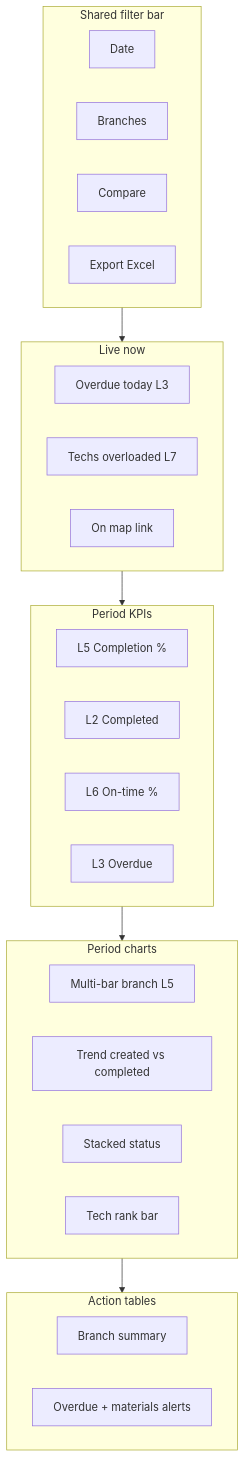
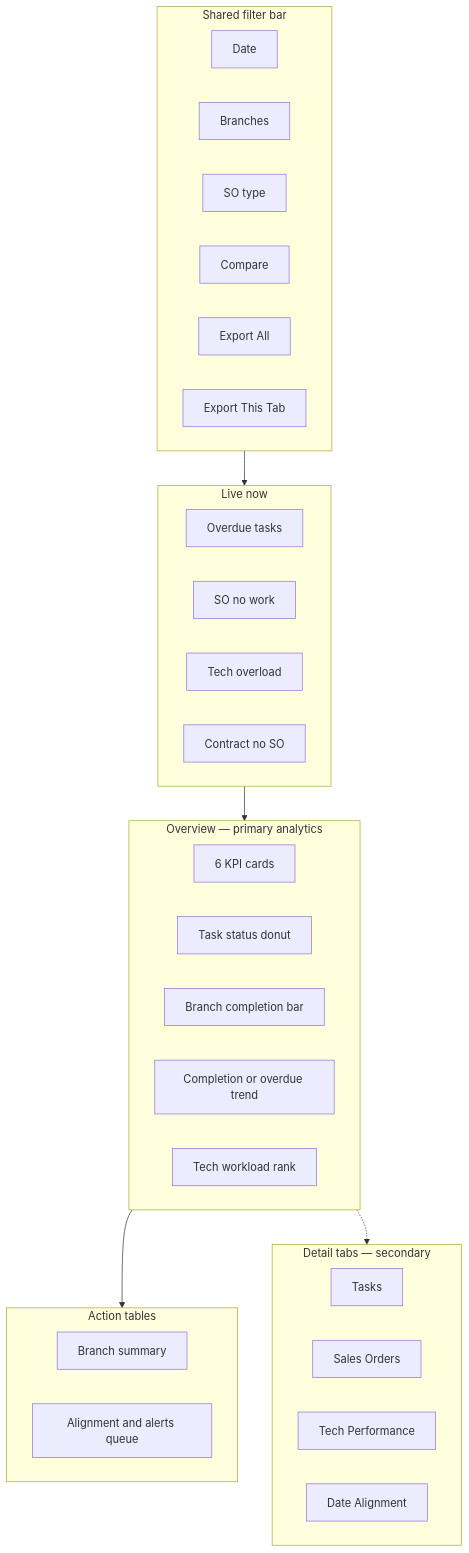
The fourth of 4 diagrams in Dashboard_final_v0/task-management-dashboard.md (Aurifex-Innovations/ERP_docs), drawn with Mermaid before and after one commit. The commit also changed other lines of this file, not shown here.

````diff
--- a/Dashboard_final_v0/task-management-dashboard.md
+++ b/Dashboard_final_v0/task-management-dashboard.md
@@ -160,31 +267,36 @@
 ```mermaid
 flowchart TB
   subgraph filters["Shared filter bar"]
     F1["Date"]
     F2["Branches"]
-    F3["Compare"]
-    F4["Export Excel"]
+    F3["SO type"]
+    F4["Compare"]
+    F5["Export All"]
+    F6["Export This Tab"]
   end
   subgraph live["Live now"]
-    L1["Overdue today L3"]
-    L2["Techs overloaded L7"]
-    L3["On map link"]
+    A1["Overdue tasks"]
+    A2["SO no work"]
+    A3["Tech overload"]
+    A4["Contract no SO"]
   end
-  subgraph kpis["Period KPIs"]
-    K1["L5 Completion %"]
-    K2["L2 Completed"]
-    K3["L6 On-time %"]
-    K4["L3 Overdue"]
+  subgraph overview["Overview — primary analytics"]
+    K["6 KPI cards"]
+    C1["Task status donut"]
+    C2["Branch completion bar"]
+    C3["Completion or overdue trend"]
+    C4["Tech workload rank"]
   end
-  subgraph charts["Period charts"]
-    G1["Multi-bar branch L5"]
-    G2["Trend created vs completed"]
-    G3["Stacked status"]
-    G4["Tech rank bar"]
+  subgraph actions["Action tables"]
+    T1["Branch summary"]
+    T2["Alignment and alerts queue"]
   end
-  subgraph tables["Action tables"]
-    T1["Branch summary"]
-    T2["Overdue + materials alerts"]
+  subgraph detail["Detail tabs — secondary"]
+    D1["Tasks"]
+    D2["Sales Orders"]
+    D3["Tech Performance"]
+    D4["Date Alignment"]
   end
-  filters --> live --> kpis --> charts --> tables
+  filters --> live --> overview --> actions
+  overview -.-> detail
 ```
````
